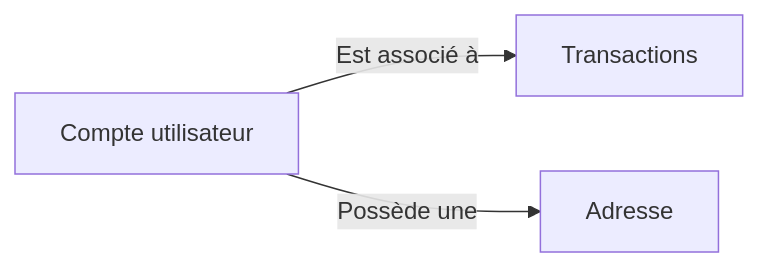
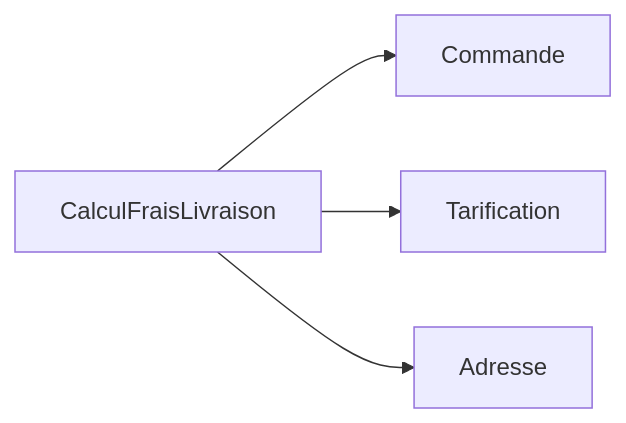
One commit to Tan-Software/domain-driven-design changed the seventh of 11 diagrams in README.md. Above: the diagram before and after it, drawn with Mermaid. The commit also changed other lines of this file, not shown here.

````diff
--- a/README.md
+++ b/README.md
@@ -439,5 +324,6 @@
 ```mermaid
 graph LR
-    A[Compte utilisateur] -- Est associé à --> B[Transactions]
-    A -- Possède une --> C[Adresse]
+    A[CalculFraisLivraison] --> B[Commande]
+    A --> C[Tarification]
+    A --> D[Adresse]
 ```
````
